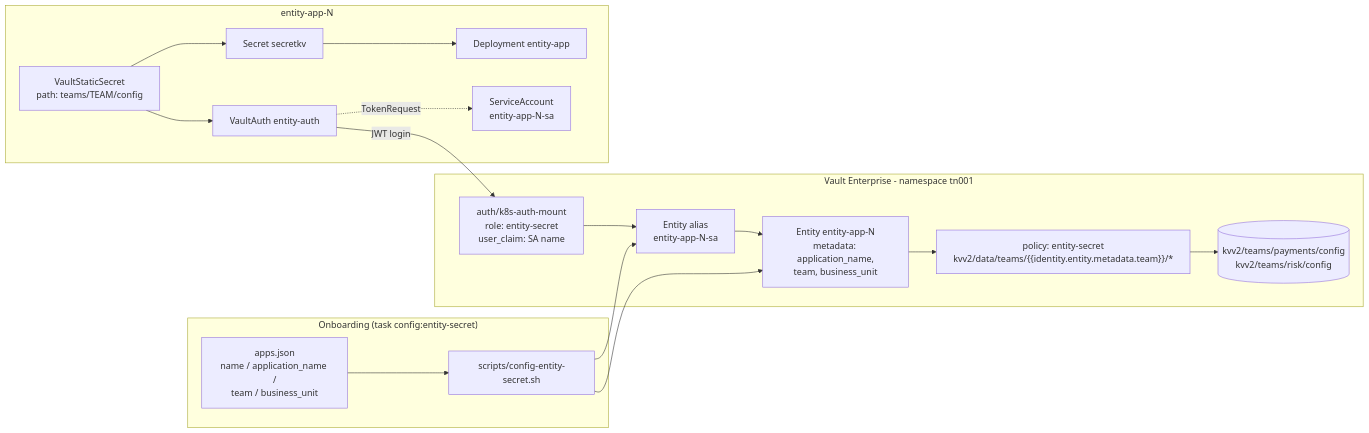
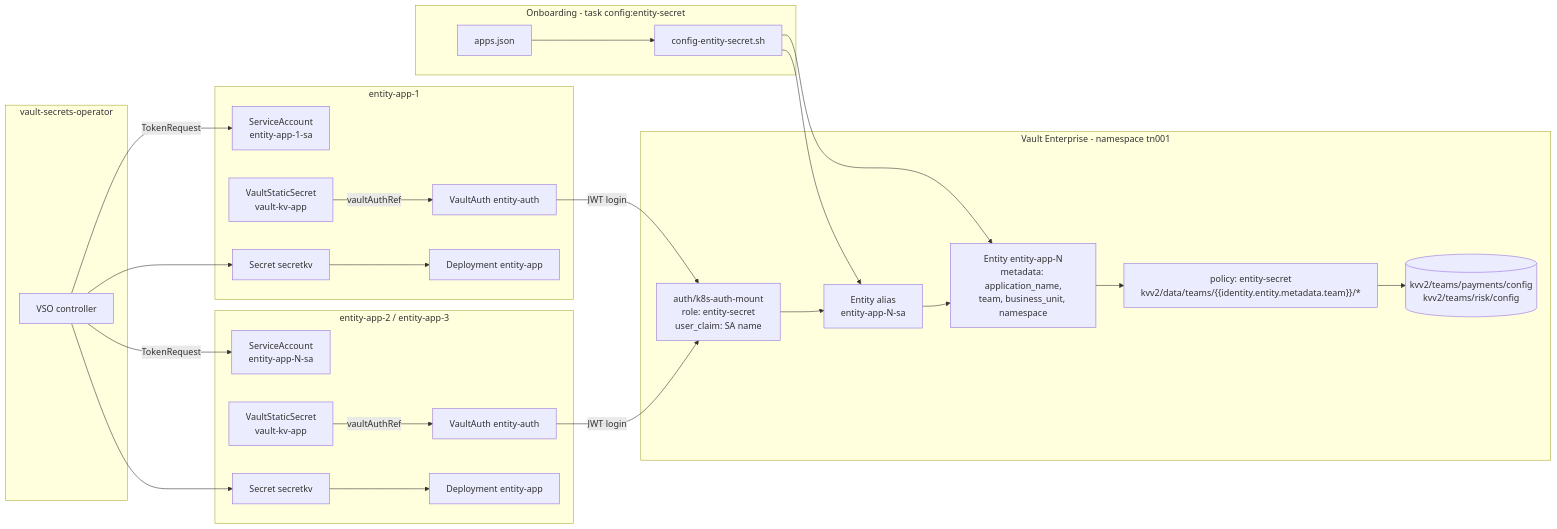
One commit to nhsy-hcp/learn-vault-secrets-operator changed the diagram in docs/entity-secrets.md. Above: the diagram before and after it, drawn with Mermaid. The commit also changed other lines of this file and 15 other files, not shown here.

````diff
--- a/docs/entity-secrets.md
+++ b/docs/entity-secrets.md
@@ -31,30 +17,48 @@
 ```mermaid
 flowchart LR
-  subgraph onboard["Onboarding (task config:entity-secret)"]
-    CAT["apps.json<br/>name / application_name /<br/>team / business_unit"]
-    SCRIPT["scripts/config-entity-secret.sh"]
+  subgraph onboard["Onboarding - task config:entity-secret"]
+    CAT["apps.json"]
+    SCRIPT["config-entity-secret.sh"]
   end
 
   subgraph vault["Vault Enterprise - namespace tn001"]
-    ENT["Entity entity-app-N<br/>metadata: application_name,<br/>team, business_unit"]
+    ENT["Entity entity-app-N<br/>metadata: application_name,<br/>team, business_unit, namespace"]
     ALIAS["Entity alias<br/>entity-app-N-sa"]
     ROLE["auth/k8s-auth-mount<br/>role: entity-secret<br/>user_claim: SA name"]
     POL["policy: entity-secret<br/>kvv2/data/teams/{{identity.entity.metadata.team}}/*"]
     KV[("kvv2/teams/payments/config<br/>kvv2/teams/risk/config")]
   end
 
-  subgraph ns["entity-app-N"]
-    SA["ServiceAccount<br/>entity-app-N-sa"]
-    VA["VaultAuth entity-auth"]
-    VSS["VaultStaticSecret<br/>path: teams/TEAM/config"]
-    S["Secret secretkv"]
-    P["Deployment entity-app"]
+  subgraph vso["vault-secrets-operator"]
+    OP["VSO controller"]
+  end
+
+  subgraph a["entity-app-1"]
+    SA1["ServiceAccount<br/>entity-app-1-sa"]
+    VA1["VaultAuth entity-auth"]
+    VS1["VaultStaticSecret<br/>vault-kv-app"]
+    S1["Secret secretkv"]
+    P1["Deployment entity-app"]
+  end
+
+  subgraph b["entity-app-2 / entity-app-3"]
+    SAN["ServiceAccount<br/>entity-app-N-sa"]
+    VAN["VaultAuth entity-auth"]
+    VSN["VaultStaticSecret<br/>vault-kv-app"]
+    SN["Secret secretkv"]
+    PN["Deployment entity-app"]
   end
 
   CAT --> SCRIPT --> ENT
   SCRIPT --> ALIAS --> ENT
-  VSS --> VA -->|JWT login| ROLE --> ALIAS
+  VS1 -->|vaultAuthRef| VA1
+  VSN -->|vaultAuthRef| VAN
+  OP -->|TokenRequest| SA1
+  OP -->|TokenRequest| SAN
+  VA1 -->|JWT login| ROLE
+  VAN -->|JWT login| ROLE
+  ROLE --> ALIAS
   ENT --> POL --> KV
-  VSS --> S --> P
-  VA -.->|TokenRequest| SA
+  OP --> S1 --> P1
+  OP --> SN --> PN
 ```
````
